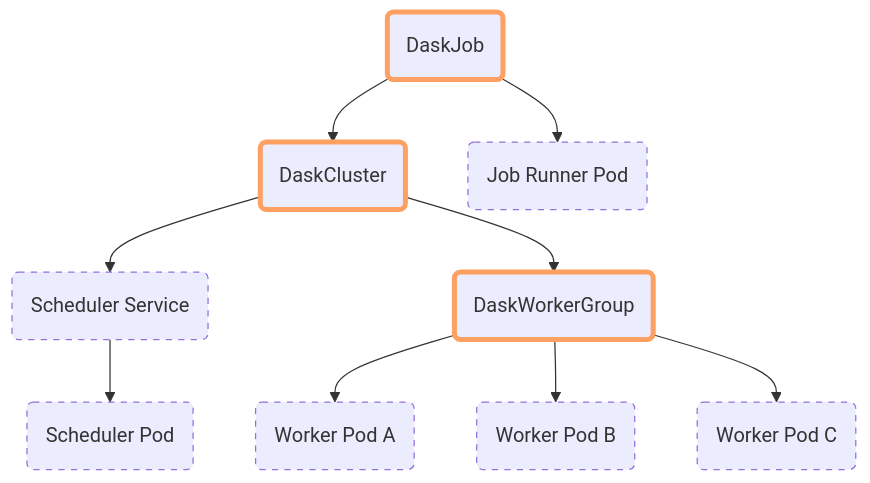
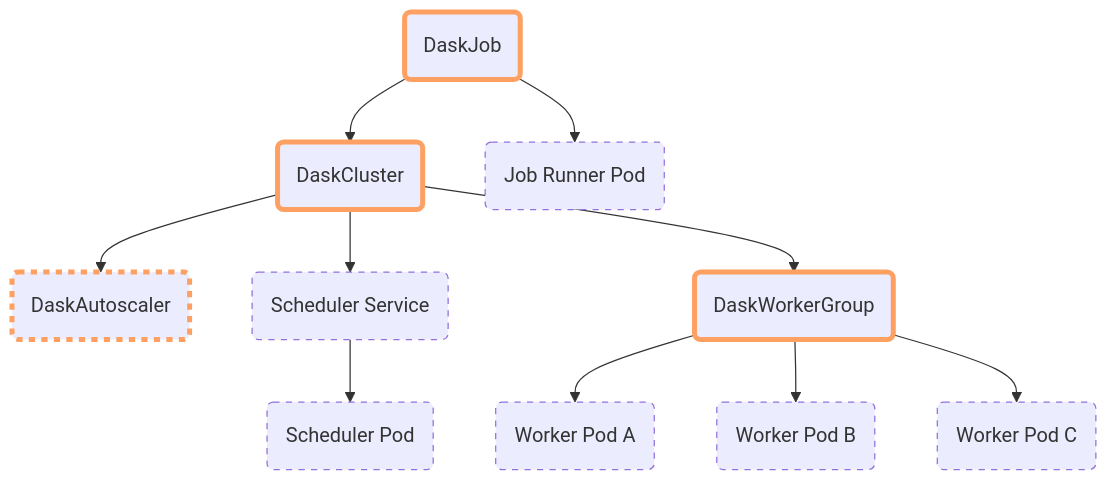
One commit to dask/dask-kubernetes changed the diagram in doc/source/operator.rst. Above: the diagram before and after it, drawn with Mermaid. The commit also changed other lines of this file and 15 other files, not shown here.

```diff
--- a/doc/source/operator.rst
+++ b/doc/source/operator.rst
@@ -22,33 +22,37 @@
 .. mermaid::
 
     graph TD
       DaskJob(DaskJob)
       DaskCluster(DaskCluster)
+      DaskAutoscaler(DaskAutoscaler)
       SchedulerService(Scheduler Service)
       SchedulerPod(Scheduler Pod)
       DaskWorkerGroup(DaskWorkerGroup)
       WorkerPodA(Worker Pod A)
       WorkerPodB(Worker Pod B)
       WorkerPodC(Worker Pod C)
       JobPod(Job Runner Pod)
 
       DaskJob --> DaskCluster
       DaskJob --> JobPod
       DaskCluster --> SchedulerService
+      DaskCluster --> DaskAutoscaler
       SchedulerService --> SchedulerPod
       DaskCluster --> DaskWorkerGroup
       DaskWorkerGroup --> WorkerPodA
       DaskWorkerGroup --> WorkerPodB
       DaskWorkerGroup --> WorkerPodC
 
       classDef dask stroke:#FDA061,stroke-width:4px
       classDef dashed stroke-dasharray: 5 5
       class DaskJob dask
       class DaskCluster dask
       class DaskWorkerGroup dask
+      class DaskAutoscaler dask
+      class DaskAutoscaler dashed
       class SchedulerService dashed
       class SchedulerPod dashed
       class WorkerPodA dashed
       class WorkerPodB dashed
       class WorkerPodC dashed
       class JobPod dashed
```
